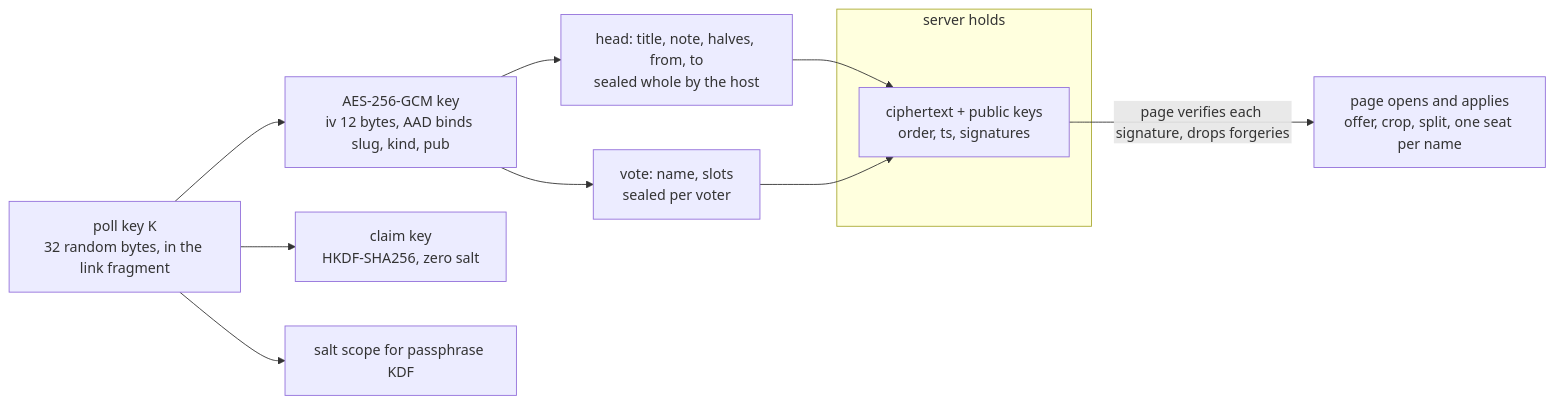
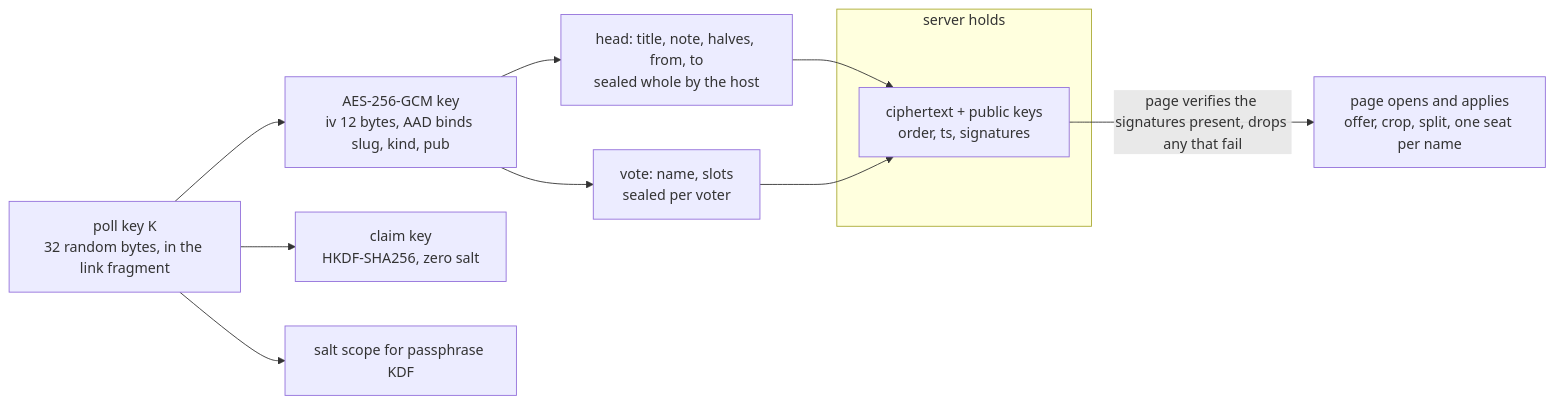
Before and after one commit to wai-lau/noodle: the diagram in docs/arch/e2e-seal.mmd, drawn with Mermaid. The commit also changed 10 other files, not shown here.

```diff
--- a/docs/arch/e2e-seal.mmd
+++ b/docs/arch/e2e-seal.mmd
@@ -1,13 +1,13 @@
 flowchart LR
   K["poll key K<br/>32 random bytes, in the link fragment"]
   K --> aes["AES-256-GCM key<br/>iv 12 bytes, AAD binds slug, kind, pub"]
   K --> claim["claim key<br/>HKDF-SHA256, zero salt"]
   K --> scope["salt scope for passphrase KDF"]
   aes --> head["head: title, note, halves, from, to<br/>sealed whole by the host"]
   aes --> vote["vote: name, slots<br/>sealed per voter"]
   subgraph server["server holds"]
     ct["ciphertext + public keys<br/>order, ts, signatures"]
   end
   head --> ct
   vote --> ct
-  ct -- "page verifies each signature, drops forgeries" --> page["page opens and applies<br/>offer, crop, split, one seat per name"]
+  ct -- "page verifies the signatures present, drops any that fail" --> page["page opens and applies<br/>offer, crop, split, one seat per name"]
```
